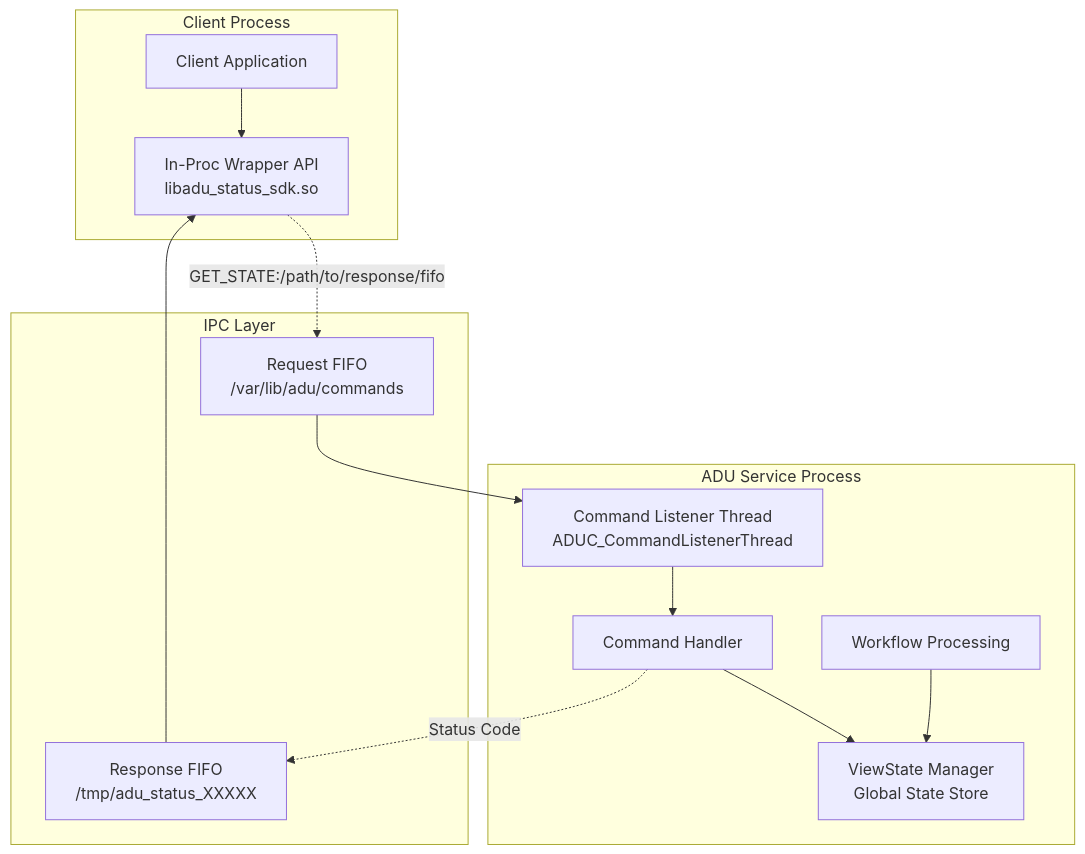
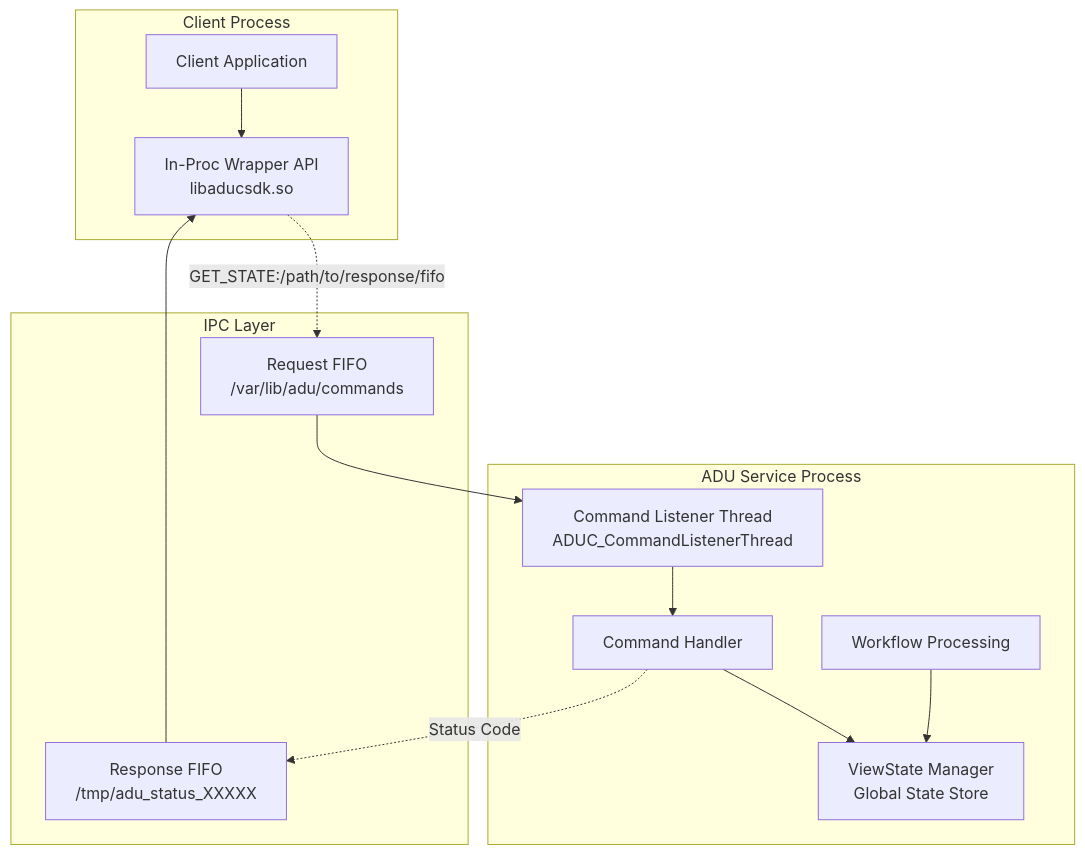
One commit to Azure/iot-hub-device-update changed the third of 4 diagrams in docs/agent-reference/GetAduServiceStatus.md. Above: the diagram before and after it, drawn with Mermaid.

Commit message:
fix so lib name i state flow diagram

````diff
--- a/docs/agent-reference/GetAduServiceStatus.md
+++ b/docs/agent-reference/GetAduServiceStatus.md
@@ -246,31 +246,31 @@
 ```mermaid
 
 graph TB
     subgraph "Client Process"
         CA[Client Application]
-        IW[In-Proc Wrapper API<br/>libadu_status_sdk.so]
+        IW[In-Proc Wrapper API<br/>libaducsdk.so]
         CA --> IW
     end
     
     subgraph "ADU Service Process"
         CL[Command Listener Thread<br/>ADUC_CommandListenerThread]
         VSM[ViewState Manager<br/>Global State Store]
         WF[Workflow Processing]
         CH[Command Handler]
         
         WF --> VSM
         CL --> CH
         CH --> VSM
     end
     
     subgraph "IPC Layer"
         RF[Request FIFO<br/>/var/lib/adu/commands]
         RSF[Response FIFO<br/>/tmp/adu_status_XXXXX]
     end
     
     IW -.->|"GET_STATE:/path/to/response/fifo"| RF
     RF --> CL
     CH -.->|"Status Code"| RSF
     RSF --> IW
 
 ```
````
